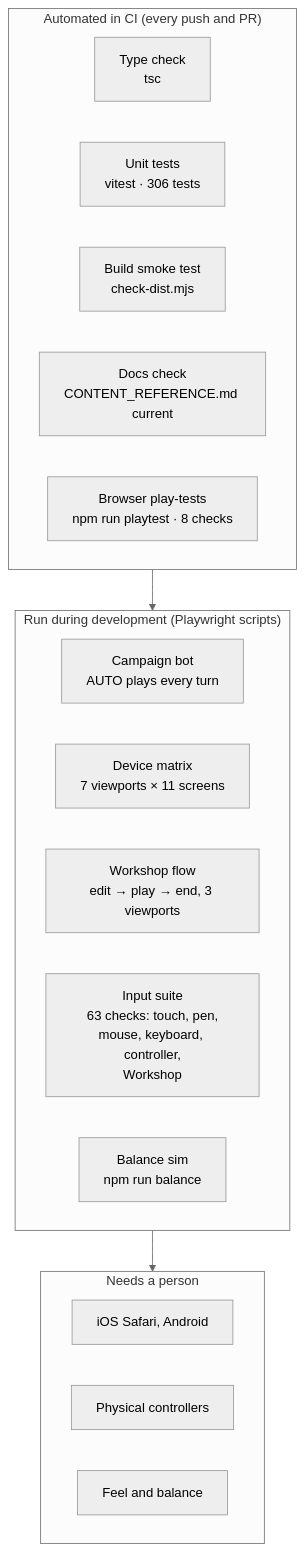
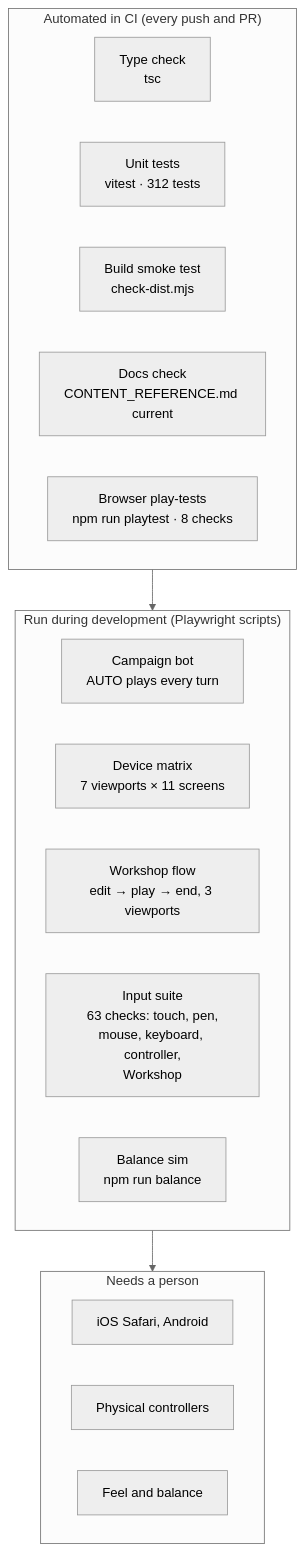
The diagram in docs/TESTING.md (CptNope/Chess-RPG-Tactics), drawn with Mermaid (neutral theme) before and after one commit. The commit also changed other lines of this file and 17 other files, not shown here.

````diff
--- a/docs/TESTING.md
+++ b/docs/TESTING.md
@@ -9,23 +9,23 @@
 ```mermaid
 flowchart TB
     subgraph Auto["Automated in CI (every push and PR)"]
         T1["Type check<br/>tsc"]
-        T2["Unit tests<br/>vitest · 306 tests"]
+        T2["Unit tests<br/>vitest · 312 tests"]
         T3["Build smoke test<br/>check-dist.mjs"]
         T4["Docs check<br/>CONTENT_REFERENCE.md current"]
         T5["Browser play-tests<br/>npm run playtest · 8 checks"]
     end
     subgraph Dev["Run during development (Playwright scripts)"]
         P1["Campaign bot<br/>AUTO plays every turn"]
         P2["Device matrix<br/>7 viewports × 11 screens"]
         P4["Workshop flow<br/>edit → play → end, 3 viewports"]
         P3["Input suite<br/>63 checks: touch, pen,<br/>mouse, keyboard, controller,<br/>Workshop"]
         P5["Balance sim<br/>npm run balance"]
     end
     subgraph Human["Needs a person"]
         H1["iOS Safari, Android"]
         H2["Physical controllers"]
         H3["Feel and balance"]
     end
     Auto --> Dev --> Human
 ```
````
